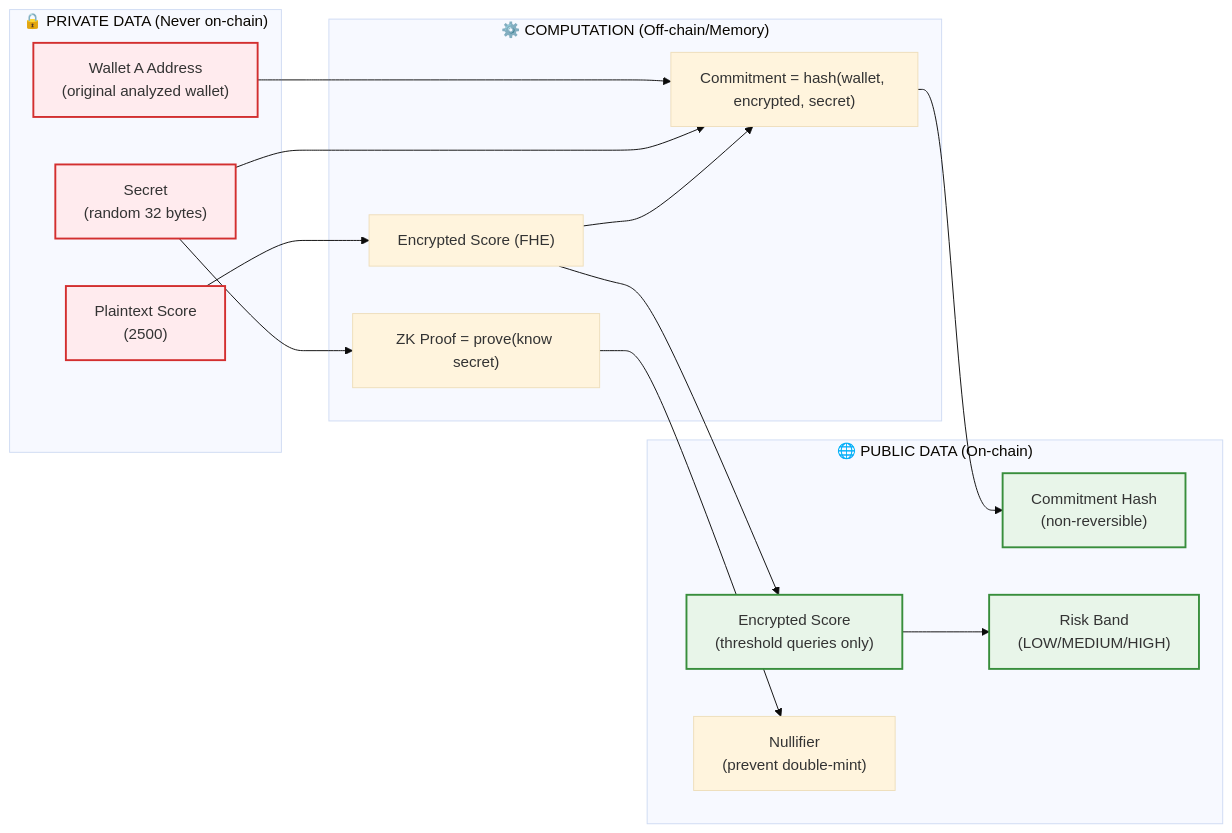
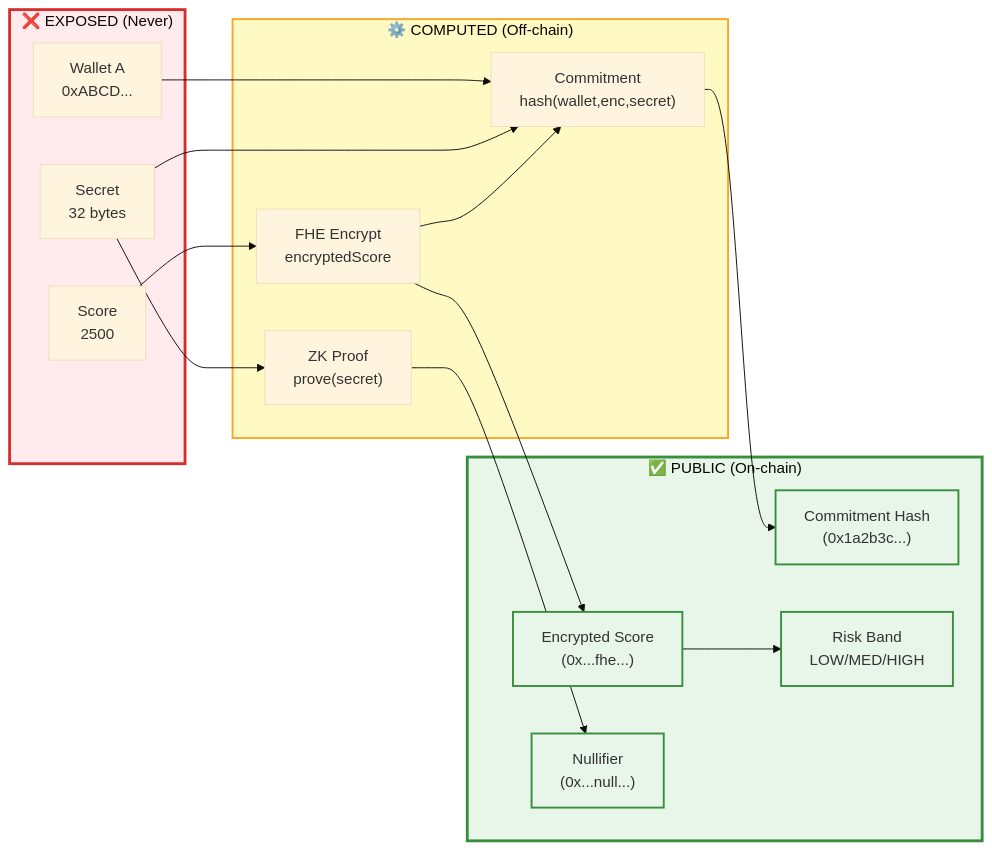
One commit to 0xsyncroot/silent-risk changed the seventh of 7 diagrams in README.md. Above: the diagram before and after it, drawn with Mermaid (base theme). The commit also changed other lines of this file, not shown here.

Commit message:
change diagram

````diff
--- a/README.md
+++ b/README.md
@@ -311,38 +362,39 @@
 ```mermaid
 graph LR
-    subgraph Private["🔒 PRIVATE DATA (Never on-chain)"]
-        WalletA["Wallet A Address<br/>(original analyzed wallet)"]
-        Secret["Secret<br/>(random 32 bytes)"]
-        PlainScore["Plaintext Score<br/>(2500)"]
+    subgraph Original["❌ EXPOSED (Never)"]
+        WalletA["Wallet A<br/>0xABCD..."]
+        Secret["Secret<br/>32 bytes"]
+        Score["Score<br/>2500"]
     end
     
-    subgraph Computation["⚙️ COMPUTATION (Off-chain/Memory)"]
-        Hash["Commitment = hash(wallet, encrypted, secret)"]
-        Encrypt["Encrypted Score (FHE)"]
-        ZKProof["ZK Proof = prove(know secret)"]
+    subgraph Computation["⚙️ COMPUTED (Off-chain)"]
+        Hash["Commitment<br/>hash(wallet,enc,secret)"]
+        FHE["FHE Encrypt<br/>encryptedScore"]
+        ZK["ZK Proof<br/>prove(secret)"]
     end
     
-    subgraph Public["🌐 PUBLIC DATA (On-chain)"]
-        Commitment["Commitment Hash<br/>(non-reversible)"]
-        EncryptedOnChain["Encrypted Score<br/>(threshold queries only)"]
-        Nullifier["Nullifier<br/>(prevent double-mint)"]
-        RiskBand["Risk Band<br/>(LOW/MEDIUM/HIGH)"]
+    subgraph OnChain["✅ PUBLIC (On-chain)"]
+        CommitHash["Commitment Hash<br/>(0x1a2b3c...)"]
+        EncScore["Encrypted Score<br/>(0x...fhe...)"]
+        Nullifier["Nullifier<br/>(0x...null...)"]
+        RiskBand["Risk Band<br/>LOW/MED/HIGH"]
     end
     
     WalletA --> Hash
     Secret --> Hash
-    PlainScore --> Encrypt
-    Encrypt --> Hash
-    Hash --> Commitment
-    Encrypt --> EncryptedOnChain
-    Secret --> ZKProof
-    ZKProof --> Nullifier
-    EncryptedOnChain --> RiskBand
+    Score --> FHE
+    Secret --> ZK
+    FHE --> Hash
+    Hash --> CommitHash
+    FHE --> EncScore
+    ZK --> Nullifier
+    EncScore --> RiskBand
     
-    style WalletA fill:#ffebee,stroke:#d32f2f,stroke-width:2px
-    style Secret fill:#ffebee,stroke:#d32f2f,stroke-width:2px
-    style PlainScore fill:#ffebee,stroke:#d32f2f,stroke-width:2px
-    style Commitment fill:#e8f5e9,stroke:#388e3c,stroke-width:2px
-    style EncryptedOnChain fill:#e8f5e9,stroke:#388e3c,stroke-width:2px
+    style Original fill:#ffebee,stroke:#d32f2f,stroke-width:3px
+    style Computation fill:#fff9c4,stroke:#f9a825,stroke-width:2px
+    style OnChain fill:#e8f5e9,stroke:#388e3c,stroke-width:3px
+    style CommitHash fill:#e8f5e9,stroke:#388e3c,stroke-width:2px
+    style EncScore fill:#e8f5e9,stroke:#388e3c,stroke-width:2px
+    style Nullifier fill:#e8f5e9,stroke:#388e3c,stroke-width:2px
     style RiskBand fill:#e8f5e9,stroke:#388e3c,stroke-width:2px
 ```
````
